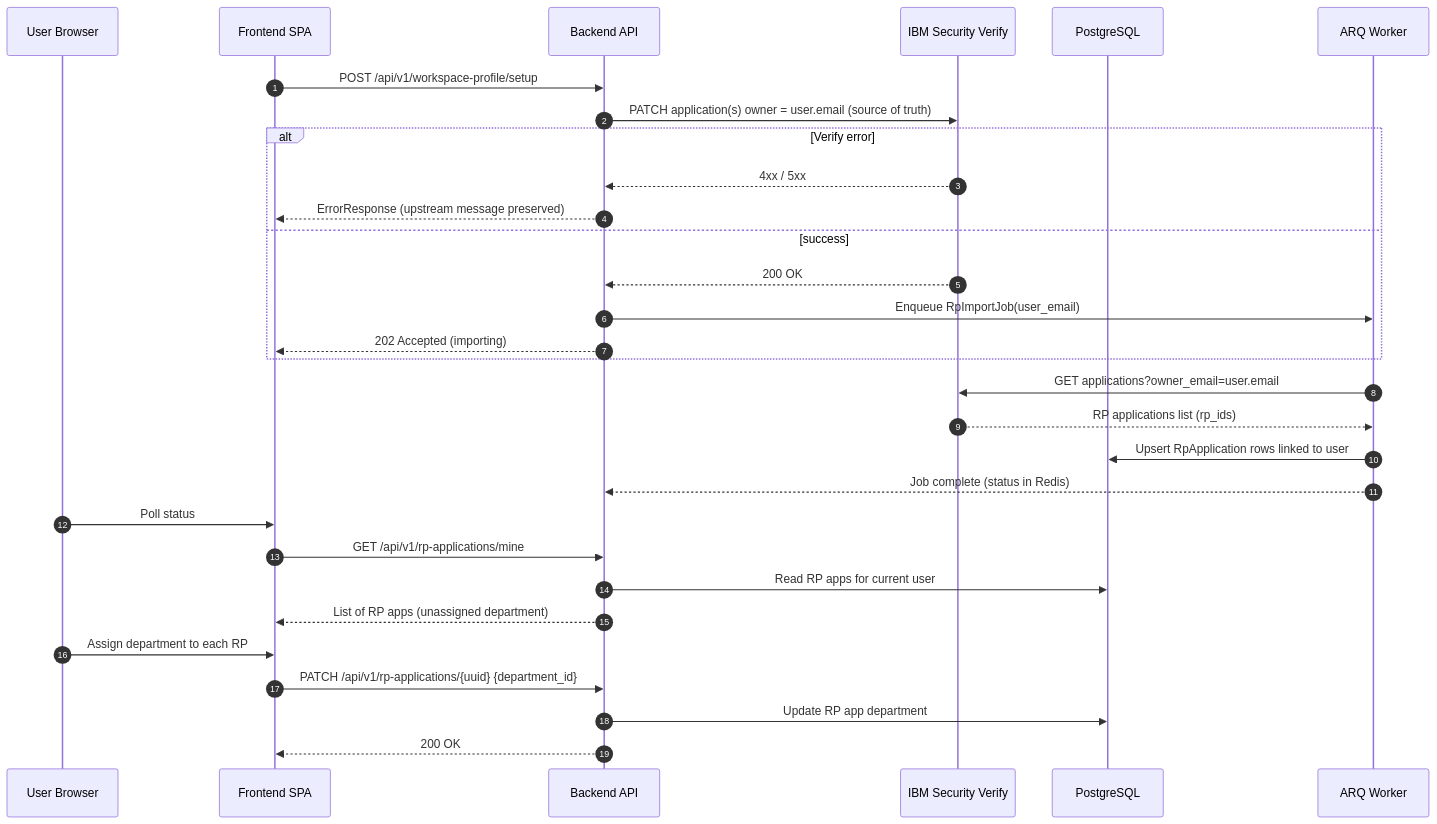
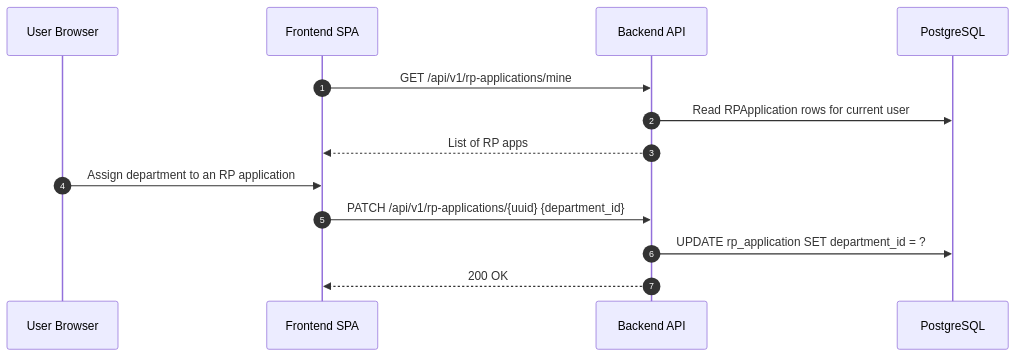
One commit to cds-snc/canadalogin-partner-portal changed the fifth of 13 diagrams in docs/plans/partner-portal-mvp-data-flows.md. Above: the diagram before and after it, drawn with Mermaid. The commit also changed other lines of this file and 1 other file, not shown here.

Commit message:
mvp architecture doc update (#93)

````diff
--- a/docs/plans/partner-portal-mvp-data-flows.md
+++ b/docs/plans/partner-portal-mvp-data-flows.md
@@ -127,36 +142,17 @@
 ```mermaid
 sequenceDiagram
     autonumber
     participant U as User Browser
     participant FE as Frontend SPA
     participant BE as Backend API
-    participant V as IBM Security Verify
     participant DB as PostgreSQL
-    participant W as ARQ Worker
 
-    FE->>BE: POST /api/v1/workspace-profile/setup
-    BE->>V: PATCH application(s) owner = user.email (source of truth)
-    alt Verify error
-        V-->>BE: 4xx / 5xx
-        BE-->>FE: ErrorResponse (upstream message preserved)
-    else success
-        V-->>BE: 200 OK
-        BE->>W: Enqueue RpImportJob(user_email)
-        BE-->>FE: 202 Accepted (importing)
-    end
+    FE->>BE: GET /api/v1/rp-applications/mine
+    BE->>DB: Read RPApplication rows for current user
+    BE-->>FE: List of RP apps
 
-    W->>V: GET applications?owner_email=user.email
-    V-->>W: RP applications list (rp_ids)
-    W->>DB: Upsert RpApplication rows linked to user
-    W-->>BE: Job complete (status in Redis)
-
-    U->>FE: Poll status
-    FE->>BE: GET /api/v1/rp-applications/mine
-    BE->>DB: Read RP apps for current user
-    BE-->>FE: List of RP apps (unassigned department)
-
-    U->>FE: Assign department to each RP
+    U->>FE: Assign department to an RP application
     FE->>BE: PATCH /api/v1/rp-applications/{uuid} {department_id}
-    BE->>DB: Update RP app department
+    BE->>DB: UPDATE rp_application SET department_id = ?
     BE-->>FE: 200 OK
 ```
````
